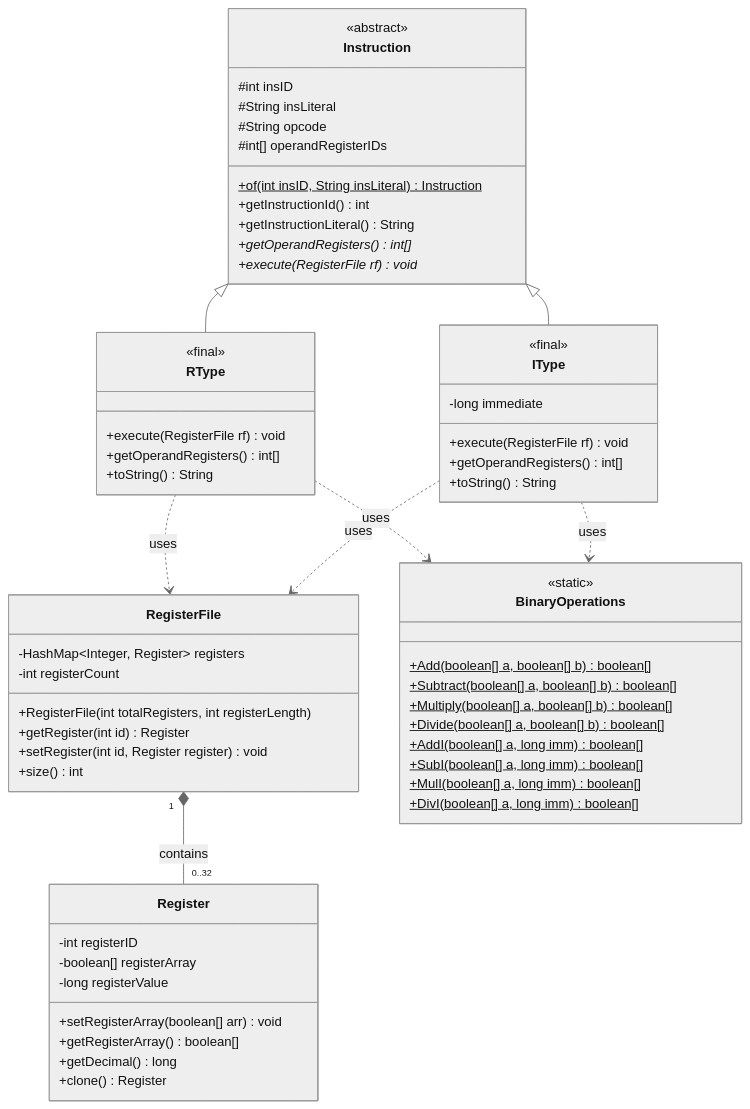
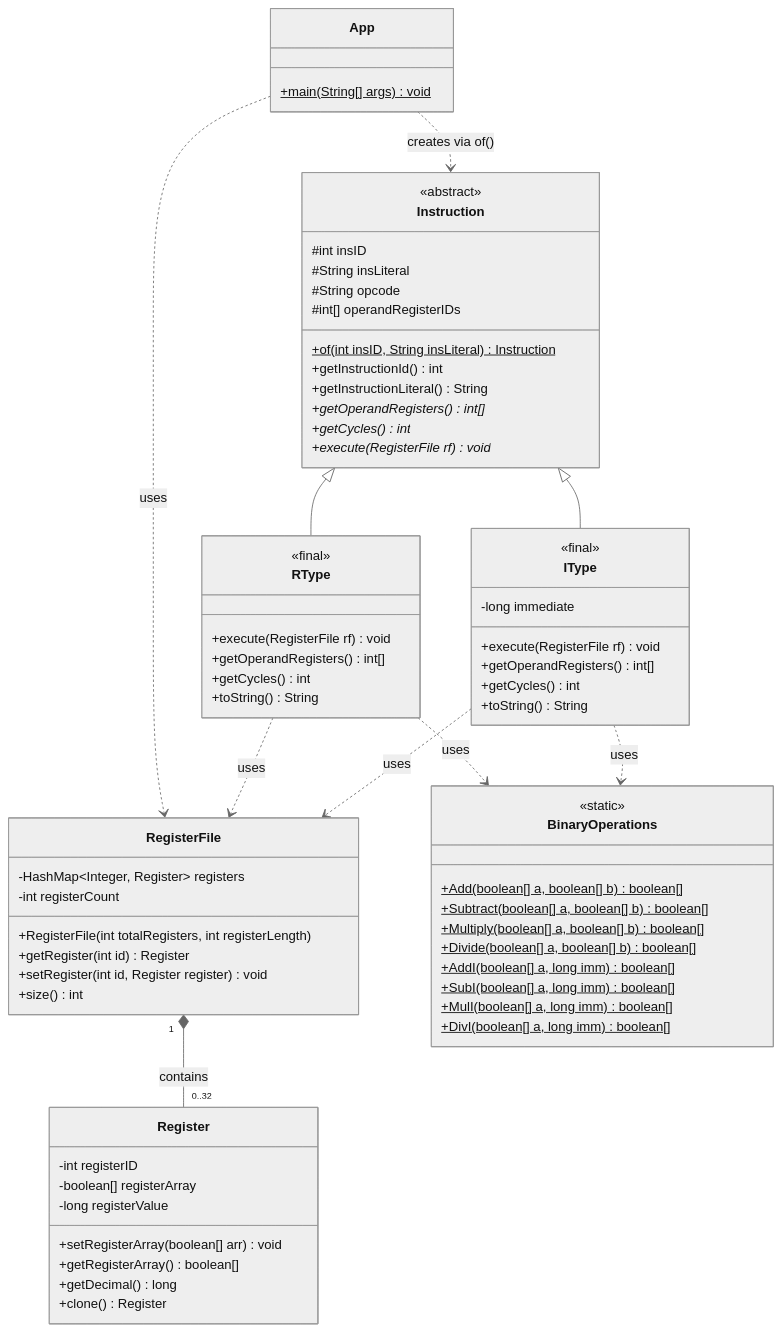
The diagram in README.md (set-kaung/mips_sim_java), drawn with Mermaid (neutral theme) before and after one commit. The commit also changed 1 other file, not shown here.

Commit message:
update readme.md and spec.md

````diff
--- a/README.md
+++ b/README.md
@@ -5,69 +5,78 @@
 ```mermaid
 classDiagram
     class Instruction {
         <<abstract>>
         #int insID
         #String insLiteral
         #String opcode
         #int[] operandRegisterIDs
         +of(int insID, String insLiteral)$ Instruction
         +getInstructionId() int
         +getInstructionLiteral() String
         +getOperandRegisters()* int[]
+        +getCycles()* int
         +execute(RegisterFile rf)* void
     }
 
     class RType {
         <<final>>
         +execute(RegisterFile rf) void
         +getOperandRegisters() int[]
+        +getCycles() int
         +toString() String
     }
 
     class IType {
         <<final>>
         -long immediate
         +execute(RegisterFile rf) void
         +getOperandRegisters() int[]
+        +getCycles() int
         +toString() String
     }
 
     class RegisterFile {
         -HashMap~Integer, Register~ registers
         -int registerCount
         +RegisterFile(int totalRegisters, int registerLength)
         +getRegister(int id) Register
         +setRegister(int id, Register register) void
         +size() int
     }
 
     class Register {
         -int registerID
         -boolean[] registerArray
         -long registerValue
         +setRegisterArray(boolean[] arr) void
         +getRegisterArray() boolean[]
         +getDecimal() long
         +clone() Register
     }
 
     class BinaryOperations {
         <<static>>
         +Add(boolean[] a, boolean[] b)$ boolean[]
         +Subtract(boolean[] a, boolean[] b)$ boolean[]
         +Multiply(boolean[] a, boolean[] b)$ boolean[]
         +Divide(boolean[] a, boolean[] b)$ boolean[]
         +AddI(boolean[] a, long imm)$ boolean[]
         +SubI(boolean[] a, long imm)$ boolean[]
         +MulI(boolean[] a, long imm)$ boolean[]
         +DivI(boolean[] a, long imm)$ boolean[]
     }
 
+    class App {
+        +main(String[] args)$ void
+    }
+
     Instruction <|-- RType
     Instruction <|-- IType
+    App ..> Instruction : creates via of()
+    App ..> RegisterFile : uses
     RType ..> RegisterFile : uses
     IType ..> RegisterFile : uses
     RegisterFile "1" *-- "0..32" Register : contains
     RType ..> BinaryOperations : uses
     IType ..> BinaryOperations : uses
 ```
````
